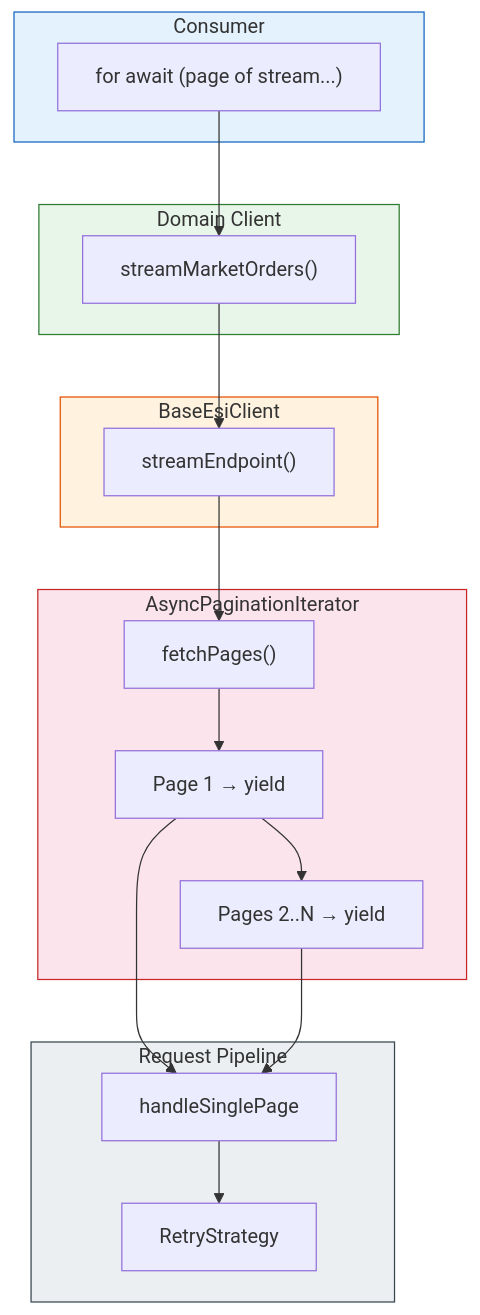
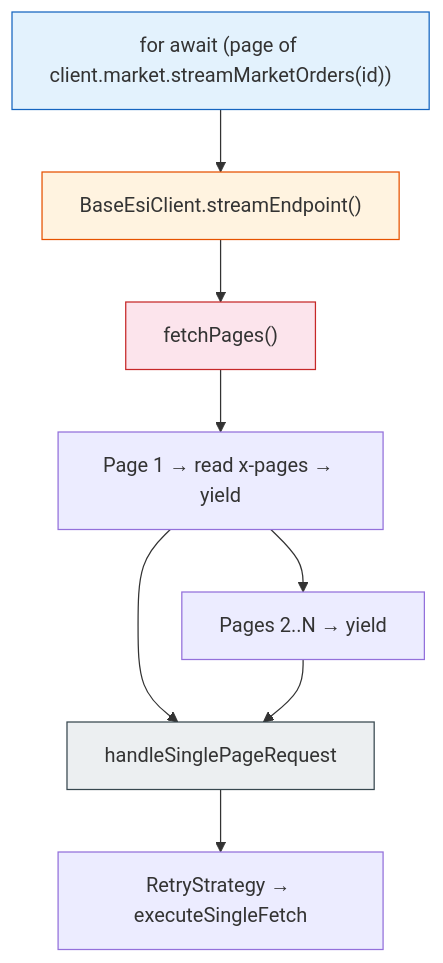
Before and after one commit to lgriffin/ESI.ts: diagram 13 of 14 in guides/ARCHITECTURE.md, drawn with Mermaid. The commit also changed other lines of this file and 17 other files, not shown here.

First line of the commit message:
docs(guides): write the charter guides and retire docs/

````diff
--- a/guides/ARCHITECTURE.md
+++ b/guides/ARCHITECTURE.md
@@ -918,36 +928,15 @@
 ```mermaid
 flowchart TB
-    subgraph Consumer ["Consumer"]
-        fa["for await (page of stream...)"]
-    end
+    fa["for await (page of client.market.streamMarketOrders(id))"] --> se["BaseEsiClient.streamEndpoint()"]
+    se --> fp["fetchPages()"]
+    fp --> p1["Page 1 → read x-pages → yield"]
+    p1 --> pn["Pages 2..N → yield"]
+    p1 --> sp["handleSinglePageRequest"]
+    pn --> sp
+    sp --> retry["RetryStrategy → executeSingleFetch"]
 
-    subgraph Domain ["Domain Client"]
-        sm["streamMarketOrders()"]
-    end
-
-    subgraph Base ["BaseEsiClient"]
-        se["streamEndpoint()"]
-    end
-
-    subgraph Iterator ["AsyncPaginationIterator"]
-        fp["fetchPages()"]
-        p1["Page 1 → yield"]
-        pn["Pages 2..N → yield"]
-    end
-
-    subgraph Pipeline ["Request Pipeline"]
-        sp["handleSinglePage"]
-        retry["RetryStrategy"]
-    end
-
-    fa --> sm --> se --> fp
-    fp --> p1 --> pn
-    p1 --> sp --> retry
-    pn --> sp
-
-    style Consumer fill:#e3f2fd,stroke:#1565c0
-    style Domain fill:#e8f5e9,stroke:#2e7d32
-    style Base fill:#fff3e0,stroke:#e65100
-    style Iterator fill:#fce4ec,stroke:#c62828
-    style Pipeline fill:#eceff1,stroke:#37474f
+    style fa fill:#e3f2fd,stroke:#1565c0
+    style se fill:#fff3e0,stroke:#e65100
+    style fp fill:#fce4ec,stroke:#c62828
+    style sp fill:#eceff1,stroke:#37474f
 ```
````
